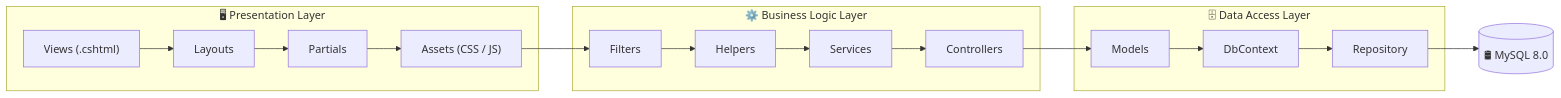
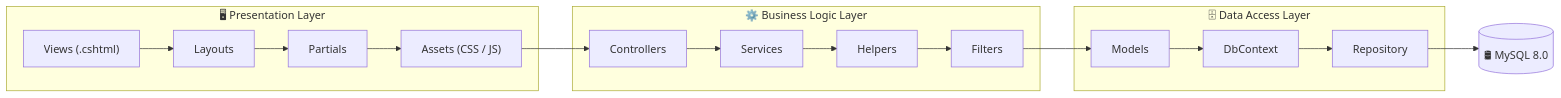
The diagram in README.md (fachriramdhan/stock-management-system---StokApp), drawn with Mermaid before and after one commit. The commit also changed other lines of this file, not shown here.

````diff
--- a/README.md
+++ b/README.md
@@ -123,45 +121,46 @@
 ```mermaid
 flowchart LR
     %% =========================
     %% Presentation Layer
     %% =========================
     subgraph Presentation["🖥 Presentation Layer"]
-        P1["Views (.cshtml)"]
-        P2["Layouts"]
-        P3["Partials"]
-        P4["Assets (CSS / JS)"]
+        V["Views (.cshtml)"]
+        L["Layouts"]
+        P["Partials"]
+        A["Assets (CSS / JS)"]
+        V --> L --> P --> A
     end
 
     %% =========================
     %% Business Logic Layer
     %% =========================
     subgraph Business["⚙️ Business Logic Layer"]
-        B1["Controllers"]
-        B2["Services"]
-        B3["Helpers"]
-        B4["Filters"]
+        C["Controllers"]
+        S["Services"]
+        H["Helpers"]
+        F["Filters"]
+        C --> S --> H --> F
     end
 
     %% =========================
     %% Data Access Layer
     %% =========================
     subgraph Data["🗄 Data Access Layer"]
-        D1["Models"]
-        D2["DbContext"]
-        D3["Repository"]
+        M["Models"]
+        D["DbContext"]
+        R["Repository"]
+        M --> D --> R
     end
 
     %% =========================
     %% Database
     %% =========================
     DB[(🛢 MySQL 8.0)]
 
     %% =========================
-    %% Zig-Zag Flow
+    %% Flow Antar Layer (Zig-Zag)
     %% =========================
-    P1 --> P2 --> P3 --> P4
-    P4 --> B4 --> B3 --> B2 --> B1
-    B1 --> D1 --> D2 --> D3
-    D3 --> DB
-
+    A --> C
+    F --> M
+    R --> DB
 ```
````
